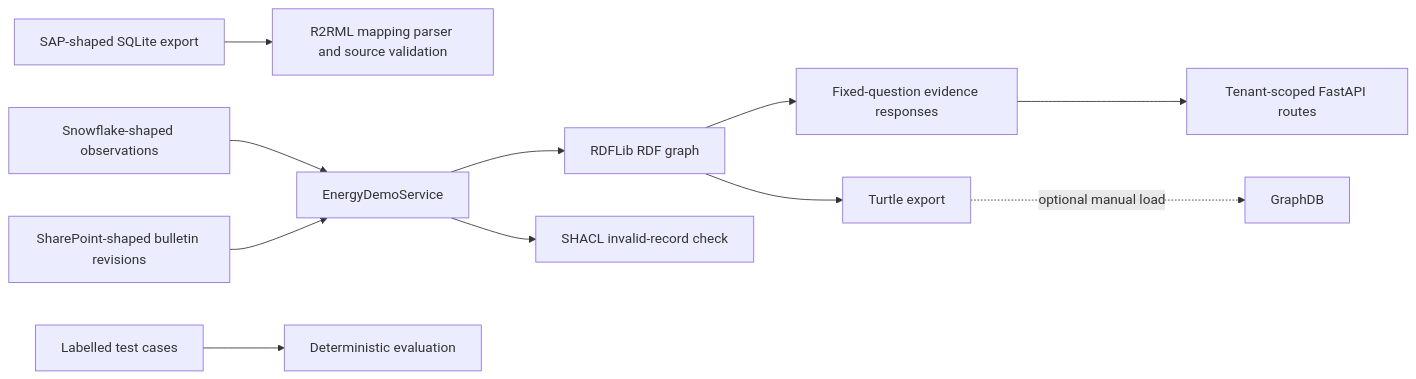
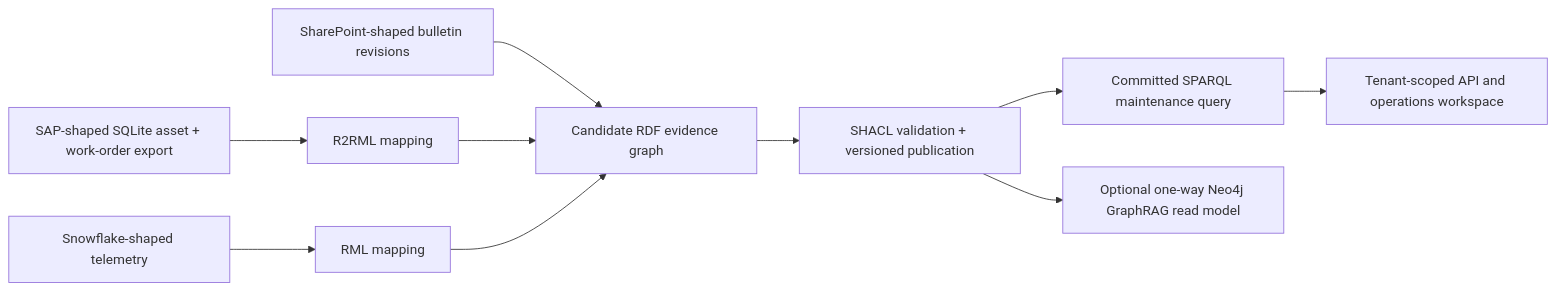
Before and after one commit to sergiunicoara/Generative-AI: the diagram in ai-knowledge-graph-platform/docs/demos/energy_demo_presentation_script.md, drawn with Mermaid. The commit also changed other lines of this file and 7 other files, not shown here.

Commit message:
Align Energy documentation with implemented E2E flow

````diff
--- a/ai-knowledge-graph-platform/docs/demos/energy_demo_presentation_script.md
+++ b/ai-knowledge-graph-platform/docs/demos/energy_demo_presentation_script.md
@@ -11,13 +19,12 @@
 ```mermaid
 flowchart LR
-    A[SAP-shaped SQLite export] --> B[R2RML mapping parser and source validation]
-    C[Snowflake-shaped observations] --> D[EnergyDemoService]
-    E[SharePoint-shaped bulletin revisions] --> D
-    D --> F[RDFLib RDF graph]
-    F --> G[Fixed-question evidence responses]
-    F --> H[Turtle export]
-    D --> I[SHACL invalid-record check]
-    G --> J[Tenant-scoped FastAPI routes]
-    K[Labelled test cases] --> L[Deterministic evaluation]
-    H -. optional manual load .-> M[GraphDB]
+  SAP[SAP-shaped SQLite asset + work-order export] --> R2RML[R2RML mapping]
+  SNOW[Snowflake-shaped telemetry] --> RML[RML mapping]
+  SP[SharePoint-shaped bulletin revisions] --> RDF
+  R2RML --> RDF[Candidate RDF evidence graph]
+  RML --> RDF
+  RDF --> SHACL[SHACL validation + versioned publication]
+  SHACL --> SPARQL[Committed SPARQL maintenance query]
+  SPARQL --> API[Tenant-scoped API and operations workspace]
+  SHACL --> NEO[Optional one-way Neo4j GraphRAG read model]
 ```
````
